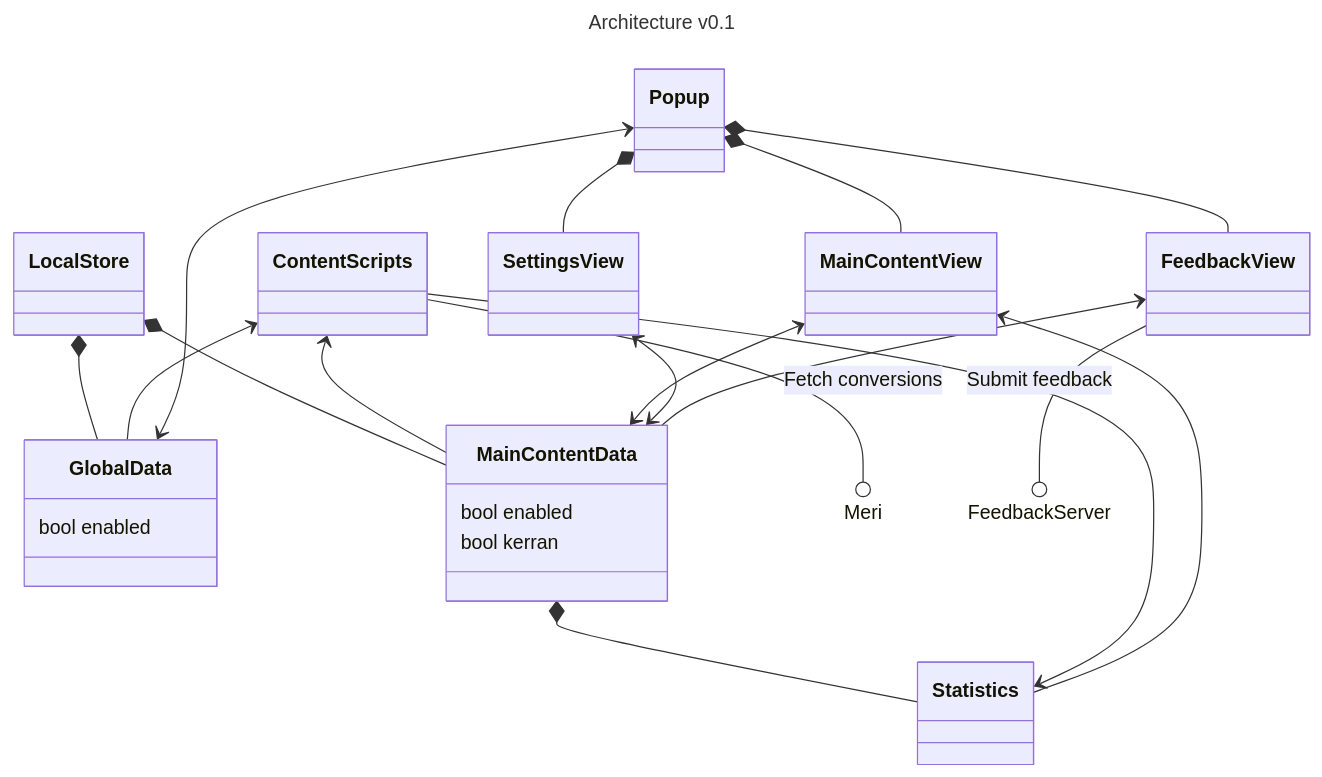
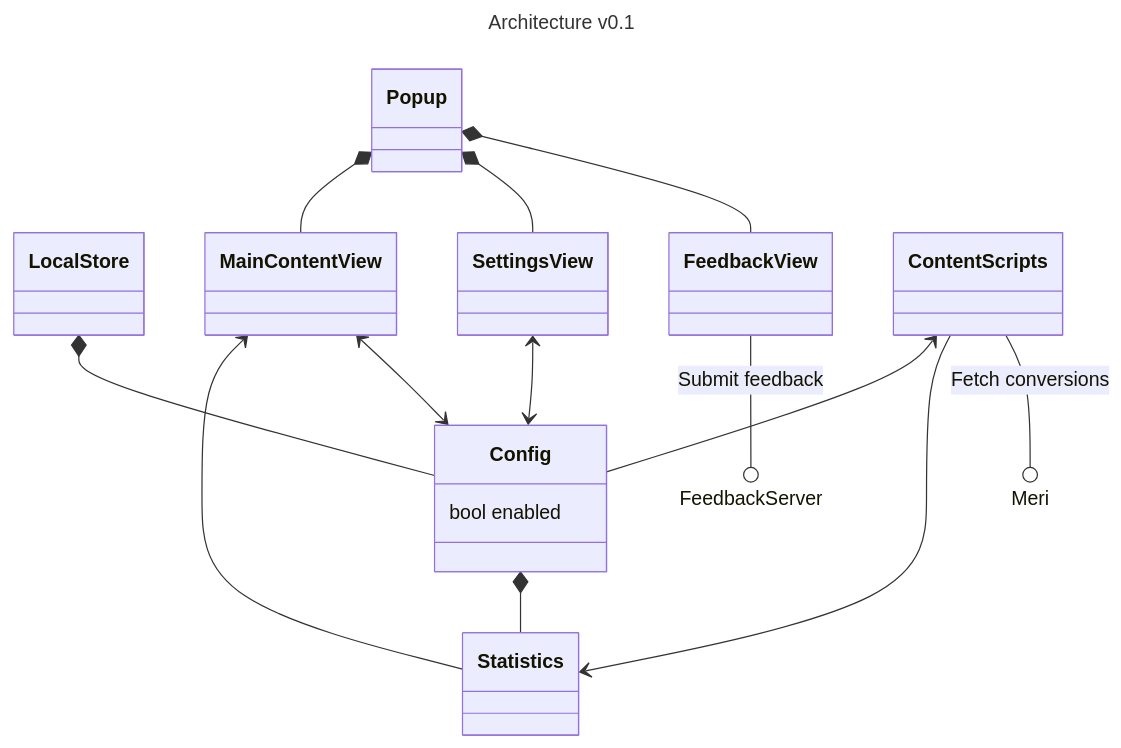
Before and after one commit to Klikkikuri/paatti: the diagram in README.md, drawn with Mermaid.

Commit message:
chore(doc): Update Architecture diagram

````diff
--- a/README.md
+++ b/README.md
@@ -52,51 +52,43 @@
 ```mermaid
 ---
 title: Architecture v0.1
 ---
 classDiagram
     direction TB
     class LocalStore{
     }
-    class GlobalData{
+    class Config{
         bool enabled
-    }
-    class MainContentData{
-        bool enabled
-        bool kerran
     }
     class Statistics{
     }
     class Popup{
     }
     class SettingsView{
     }
     class MainContentView{
     }
     class FeedbackView{
     }
     class ContentScripts{
     }
 
-    LocalStore *-- GlobalData
-    LocalStore *-- MainContentData
+    LocalStore *-- Config
 
-    MainContentData *-- Statistics
+    Config *-- Statistics
 
-    ContentScripts <-- GlobalData
-    ContentScripts <-- MainContentData
+    ContentScripts <-- Config
     ContentScripts --> Statistics
     ContentScripts --() Meri : Fetch conversions
 
     Popup *-- MainContentView
     Popup *-- SettingsView
     Popup *-- FeedbackView
-    Popup <--> GlobalData
 
     MainContentView <-- Statistics
-    MainContentView <--> MainContentData
+    MainContentView <--> Config
 
-    SettingsView <--> MainContentData
+    SettingsView <--> Config
 
-    FeedbackView <-- MainContentData
     FeedbackView --() FeedbackServer : Submit feedback
 ```
````
